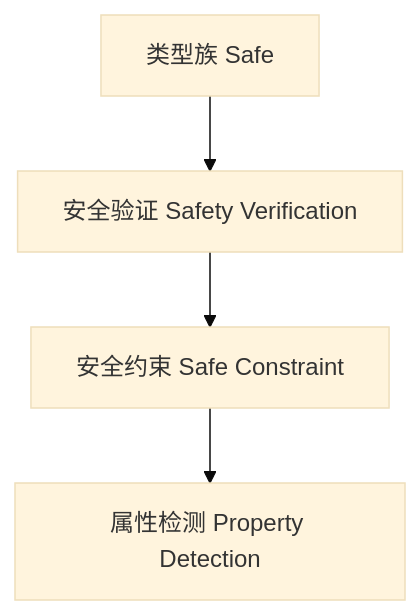
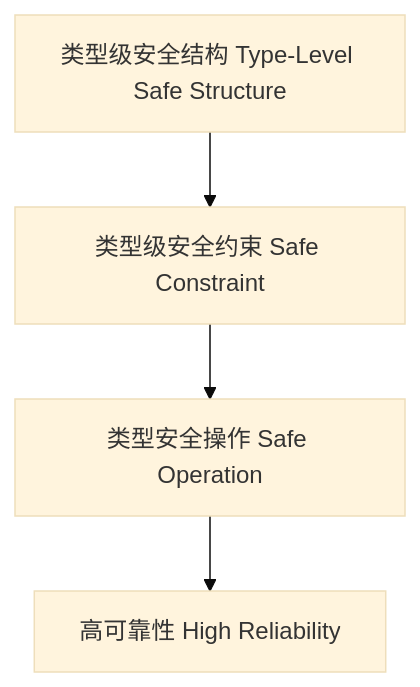
One commit to AdaMartin18010/haskell changed the diagram in docs/analysis/Type/01-Type-Level-Safety.md. Above: the diagram before and after it, drawn with Mermaid (base theme). The commit also changed other lines of this file and 5 other files, not shown here.

````diff
--- a/docs/analysis/Type/01-Type-Level-Safety.md
+++ b/docs/analysis/Type/01-Type-Level-Safety.md
@@ -65,6 +63,6 @@
 ```mermaid
 graph TD
-  A[类型族 Safe] --> B[安全验证 Safety Verification]
-  B --> C[安全约束 Safe Constraint]
-  C --> D[属性检测 Property Detection]
+  A[类型级安全结构 Type-Level Safe Structure] --> B[类型级安全约束 Safe Constraint]
+  B --> C[类型安全操作 Safe Operation]
+  C --> D[高可靠性 High Reliability]
 ```
````
